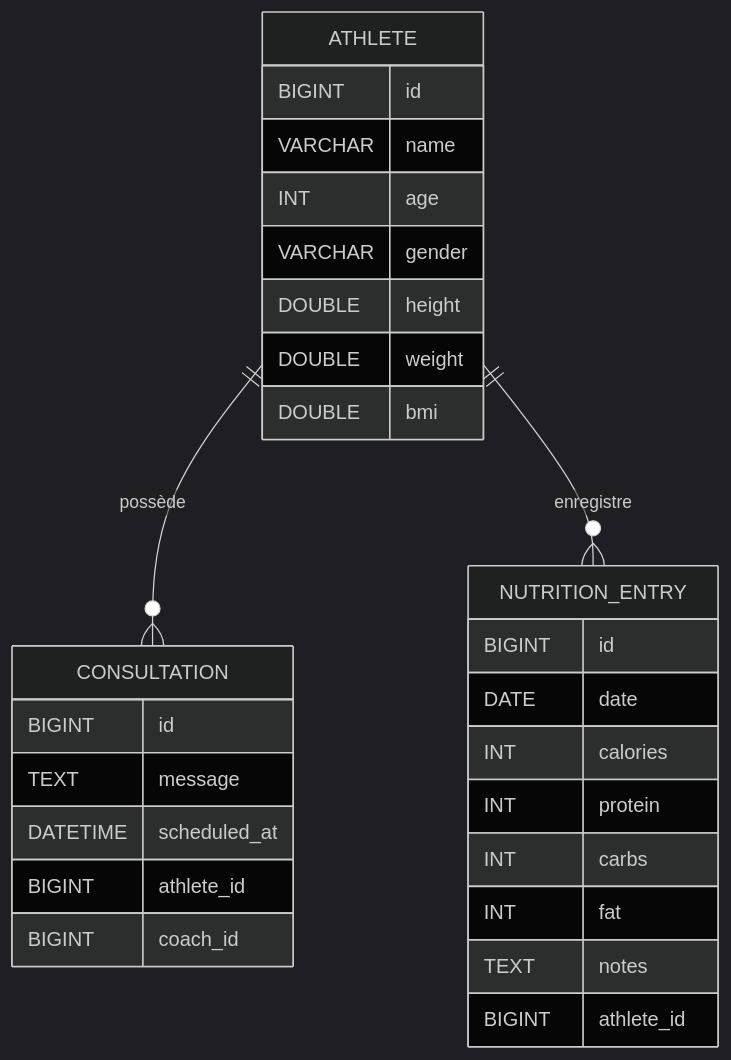
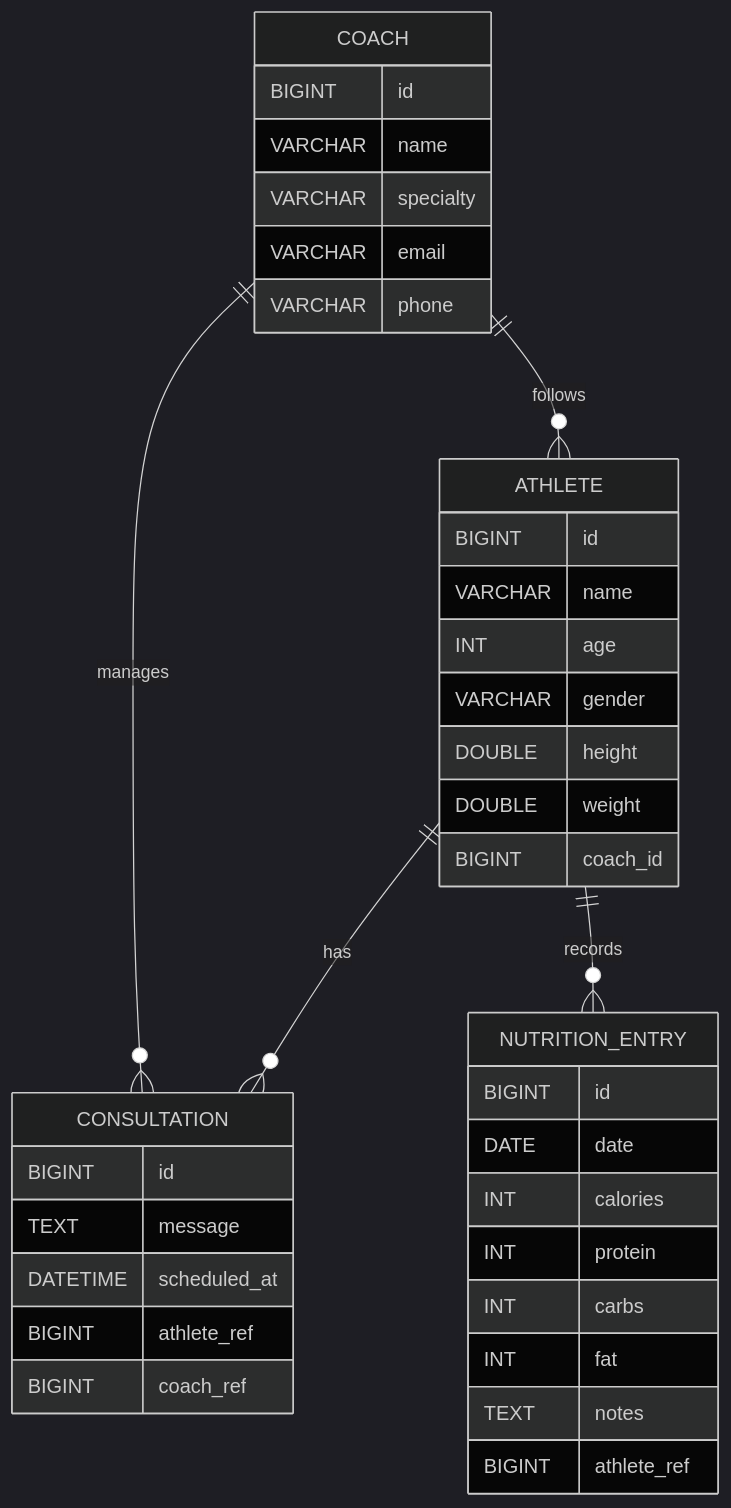
The diagram in README.md (eman-java-dev/OlympicNutritionTracker-Backend), drawn with Mermaid (dark theme) before and after one commit. The commit also changed other lines of this file, not shown here.

Commit message:
Add Coach entity and relations, update services, controllers, and README

````diff
--- a/README.md
+++ b/README.md
@@ -190,34 +247,44 @@
 ```mermaid
 erDiagram
+    COACH ||--o{ ATHLETE : follows
+    COACH ||--o{ CONSULTATION : manages
+    ATHLETE ||--o{ CONSULTATION : has
+    ATHLETE ||--o{ NUTRITION_ENTRY : records
+
+    COACH {
+        BIGINT id
+        VARCHAR name
+        VARCHAR specialty
+        VARCHAR email
+        VARCHAR phone
+    }
+
     ATHLETE {
         BIGINT id
         VARCHAR name
         INT age
         VARCHAR gender
         DOUBLE height
         DOUBLE weight
-        DOUBLE bmi
+        BIGINT coach_id
     }
 
     CONSULTATION {
         BIGINT id
         TEXT message
         DATETIME scheduled_at
-        BIGINT athlete_id
-        BIGINT coach_id
+        BIGINT athlete_ref
+        BIGINT coach_ref
     }
 
     NUTRITION_ENTRY {
         BIGINT id
         DATE date
         INT calories
         INT protein
         INT carbs
         INT fat
         TEXT notes
-        BIGINT athlete_id
+        BIGINT athlete_ref
     }
-
-    ATHLETE ||--o{ CONSULTATION : "possède"
-    ATHLETE ||--o{ NUTRITION_ENTRY : "enregistre"
 ```
````
